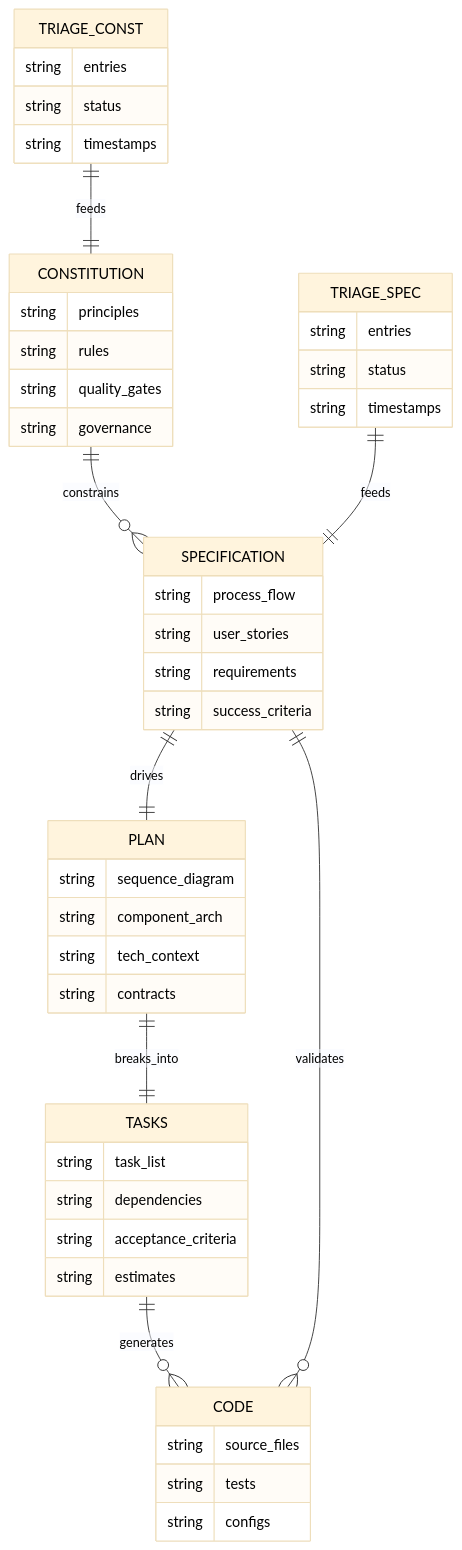
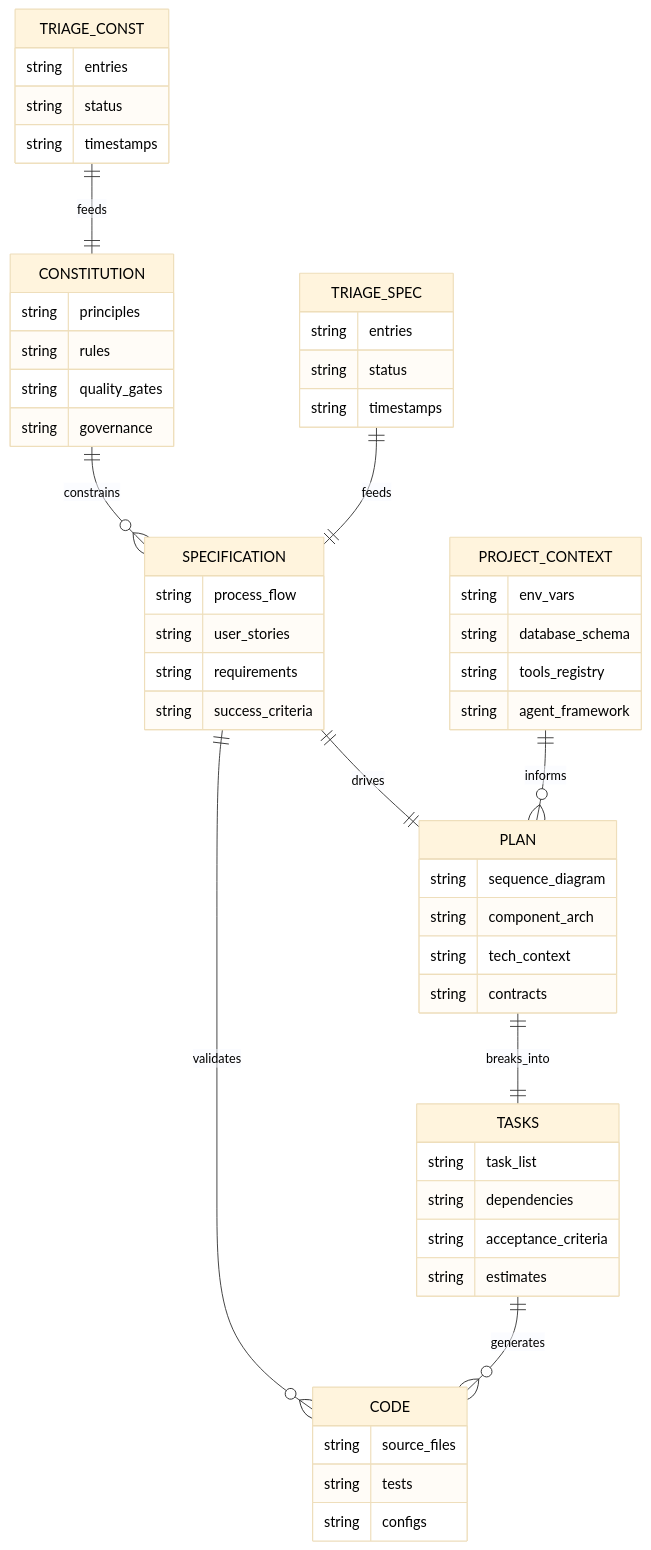
Before and after one commit to Trindade11/Teste: the first of 7 diagrams in .specify/docs/flows/artifact-relationships.md, drawn with Mermaid. The commit also changed other lines of this file and 25 other files, not shown here.

````diff
--- a/.specify/docs/flows/artifact-relationships.md
+++ b/.specify/docs/flows/artifact-relationships.md
@@ -7,56 +7,64 @@
 ```mermaid
 %%{init: {'theme': 'base', 'themeVariables': { 'primaryTextColor': '#000', 'secondaryTextColor': '#000', 'tertiaryTextColor': '#000', 'lineColor': '#333'}}}%%
 erDiagram
     CONSTITUTION ||--o{ SPECIFICATION : constrains
     CONSTITUTION {
         string principles
         string rules
         string quality_gates
         string governance
     }
     
     SPECIFICATION ||--|| PLAN : drives
     SPECIFICATION {
         string process_flow
         string user_stories
         string requirements
         string success_criteria
     }
     
     PLAN ||--|| TASKS : breaks_into
     PLAN {
         string sequence_diagram
         string component_arch
         string tech_context
         string contracts
     }
     
     TASKS ||--o{ CODE : generates
     TASKS {
         string task_list
         string dependencies
         string acceptance_criteria
         string estimates
     }
     
     CODE }o--|| SPECIFICATION : validates
     CODE {
         string source_files
         string tests
         string configs
     }
     
     TRIAGE_CONST ||--|| CONSTITUTION : feeds
     TRIAGE_CONST {
         string entries
         string status
         string timestamps
     }
     
     TRIAGE_SPEC ||--|| SPECIFICATION : feeds
     TRIAGE_SPEC {
         string entries
         string status
         string timestamps
     }
+    
+    PROJECT_CONTEXT ||--o{ PLAN : informs
+    PROJECT_CONTEXT {
+        string env_vars
+        string database_schema
+        string tools_registry
+        string agent_framework
+    }
 ```
````
